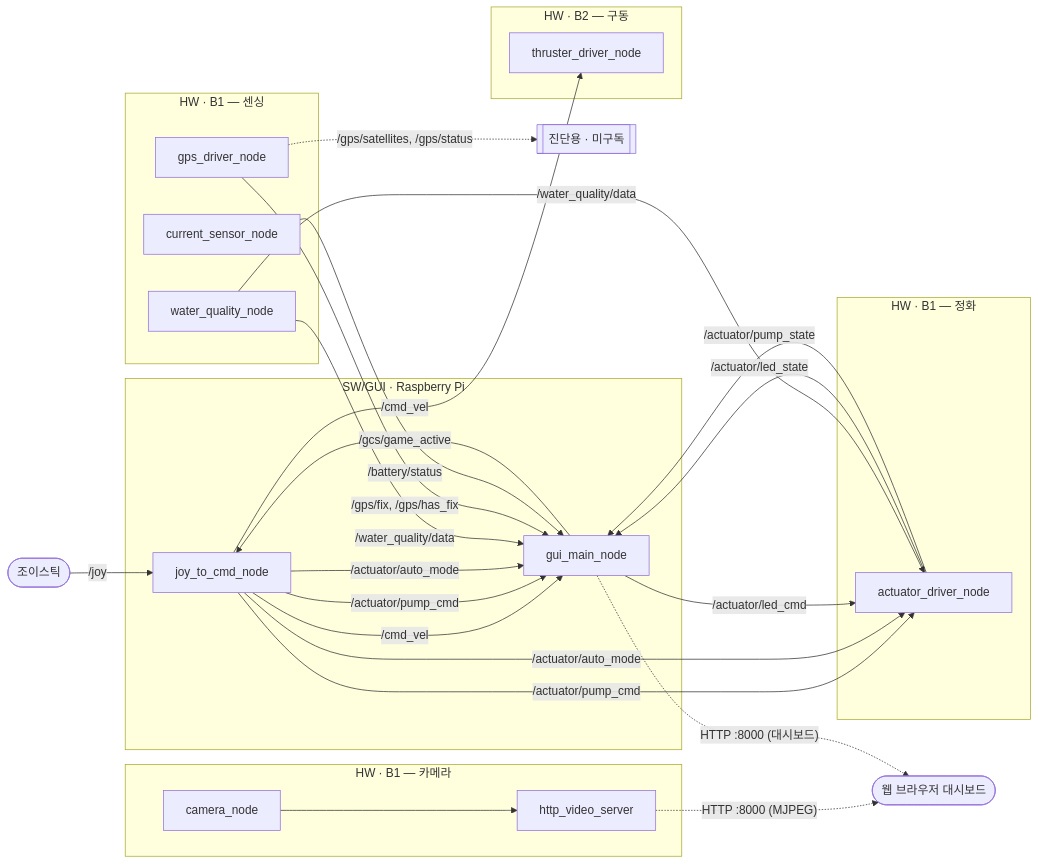
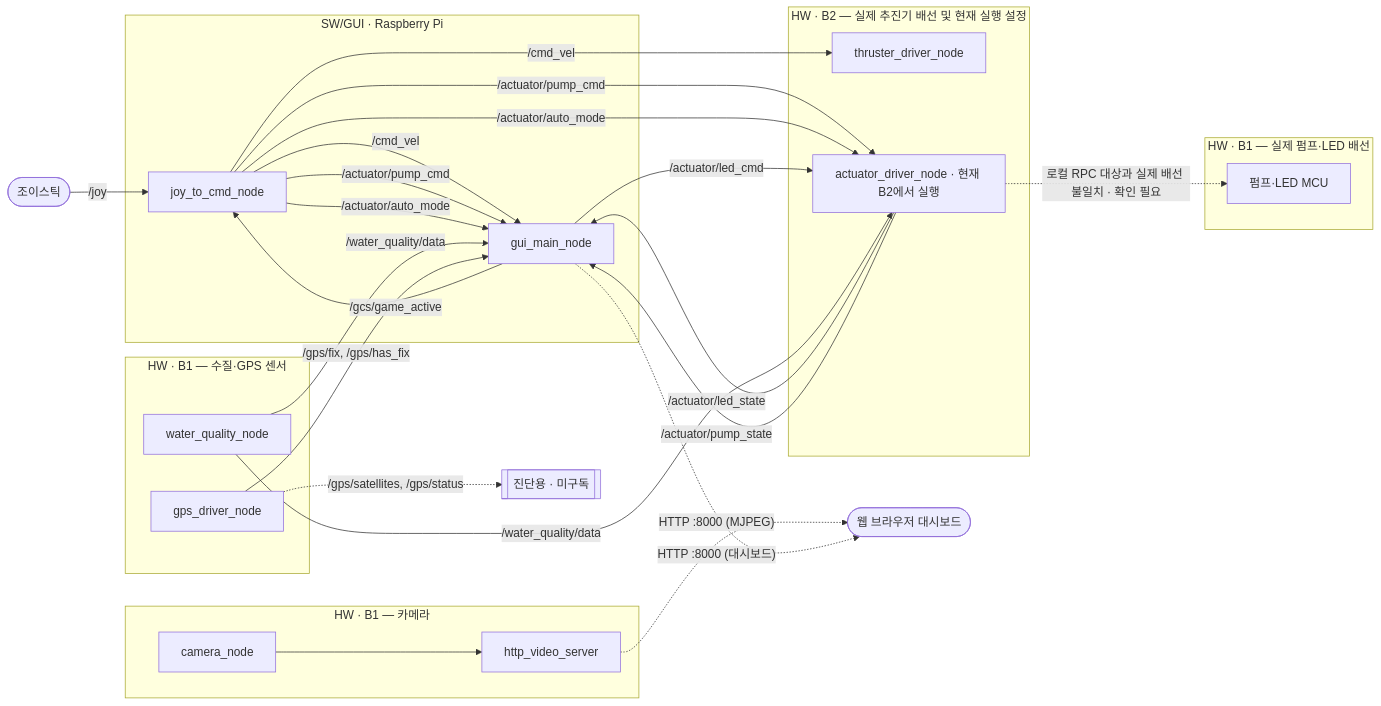
One commit to gwakminji/6can_usv_ws changed the diagram in README.md. Above: the diagram before and after it, drawn with Mermaid. The commit also changed other lines of this file and 8 other files, not shown here.

````diff
--- a/README.md
+++ b/README.md
@@ -81,52 +86,52 @@
 ```mermaid
 flowchart LR
   JOY([조이스틱]) -->|/joy| J2C
   BROWSER([웹 브라우저 대시보드])
   DIAG[[진단용 · 미구독]]
 
   subgraph GCS["SW/GUI · Raspberry Pi"]
     J2C[joy_to_cmd_node]
     GUI[gui_main_node]
   end
 
-  subgraph B1S["HW · B1 — 센싱"]
+  subgraph B1S["HW · B1 — 수질·GPS 센서"]
     WQN[water_quality_node]
     GPSN[gps_driver_node]
-    CSN[current_sensor_node]
   end
 
   subgraph B1C["HW · B1 — 카메라"]
     CAMN[camera_node]
     HVS[http_video_server]
   end
 
-  subgraph B1A["HW · B1 — 정화"]
-    ACT[actuator_driver_node]
+  subgraph B1A["HW · B1 — 실제 펌프·LED 배선"]
+    PUMP[펌프·LED MCU]
   end
 
-  subgraph B2["HW · B2 — 구동"]
+  subgraph B2["HW · B2 — 실제 추진기 배선 및 현재 실행 설정"]
     THR[thruster_driver_node]
+    ACT[actuator_driver_node · 현재 B2에서 실행]
   end
 
   J2C -->|/cmd_vel| GUI
   J2C -->|/cmd_vel| THR
   J2C -->|/actuator/pump_cmd| GUI
   J2C -->|/actuator/pump_cmd| ACT
   J2C -->|/actuator/auto_mode| GUI
   J2C -->|/actuator/auto_mode| ACT
   GUI -->|/gcs/game_active| J2C
   GUI -->|/actuator/led_cmd| ACT
   ACT -->|/actuator/led_state| GUI
 
   WQN -->|/water_quality/data| GUI
   WQN -->|/water_quality/data| ACT
   GPSN -->|/gps/fix, /gps/has_fix| GUI
   GPSN -.->|/gps/satellites, /gps/status| DIAG
-  CSN -->|/battery/status| GUI
 
   CAMN --> HVS
   HVS -. "HTTP :8000 (MJPEG)" .-> BROWSER
   GUI -. "HTTP :8000 (대시보드)" .-> BROWSER
 
   ACT -->|/actuator/pump_state| GUI
+  ACT -.->|로컬 RPC 대상과 실제 배선 불일치 · 확인 필요| PUMP
 ```
````
